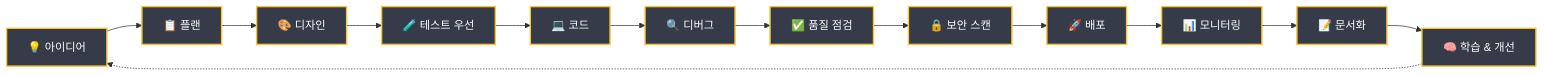
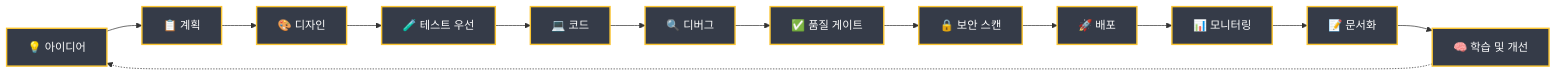
Before and after one commit to tody-agent/codymaster: the second of 3 diagrams in README-ko.md, drawn with Mermaid. The commit also changed other lines of this file and 27 other files, not shown here.

````diff
--- a/README-ko.md
+++ b/README-ko.md
@@ -79,17 +79,17 @@
 ```mermaid
 graph LR
-    A["💡 아이디어"] --> B["📋 플랜"]
+    A["💡 아이디어"] --> B["📋 계획"]
     B --> C["🎨 디자인"]
     C --> D["🧪 테스트 우선"]
     D --> E["💻 코드"]
     E --> F["🔍 디버그"]
-    F --> G["✅ 품질 점검"]
+    F --> G["✅ 품질 게이트"]
     G --> H["🔒 보안 스캔"]
     H --> I["🚀 배포"]
     I --> J["📊 모니터링"]
     J --> K["📝 문서화"]
-    K --> L["🧠 학습 & 개선"]
+    K --> L["🧠 학습 및 개선"]
     L -.-> A
     classDef phase fill:#353b48,stroke:#fbc531,stroke-width:2px,color:#fff;
     class A,B,C,D,E,F,G,H,I,J,K,L phase;
 ```
````
